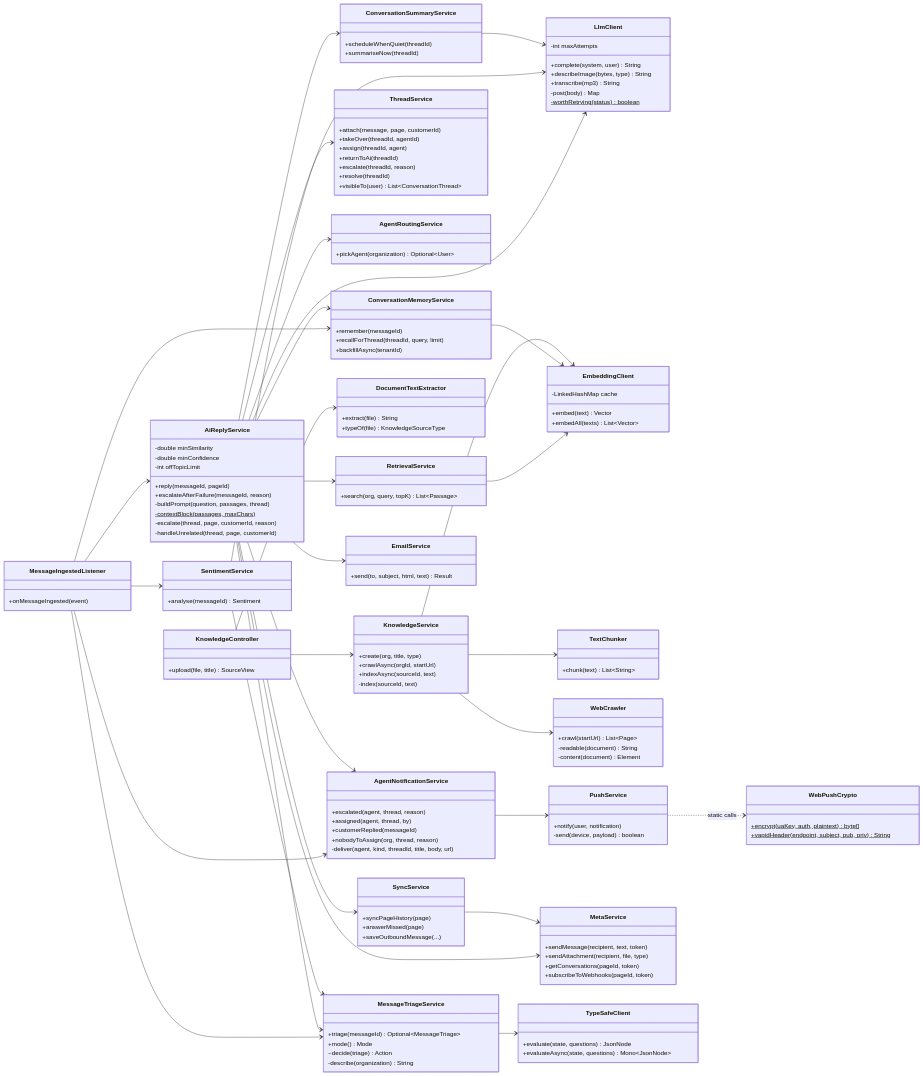
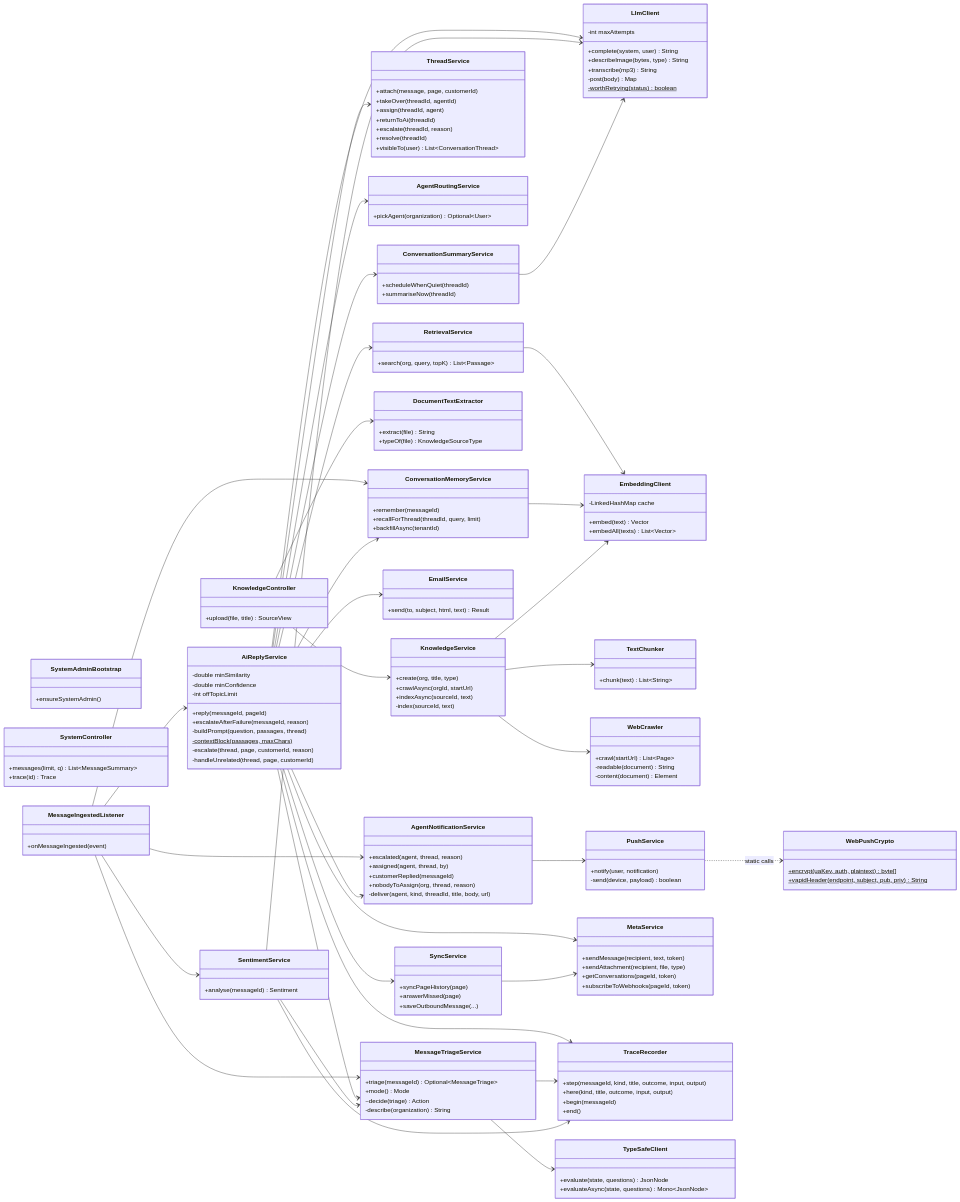
One commit to SayubShakya/eksamadhan-ai changed the second of 2 diagrams in docs/system-design/new-system-design/class-diagram/README.md. Above: the diagram before and after it, drawn with Mermaid. The commit also changed other lines of this file and 69 other files, not shown here.

Commit message:
feat: add a system admin console with a conversation visualizer

```diff
--- a/docs/system-design/new-system-design/class-diagram/README.md
+++ b/docs/system-design/new-system-design/class-diagram/README.md
@@ -388,6 +403,22 @@
         -describe(organization) String
     }
 
+    class TraceRecorder {
+        +step(messageId, kind, title, outcome, input, output)
+        +here(kind, title, outcome, input, output)
+        +begin(messageId)
+        +end()
+    }
+
+    class SystemAdminBootstrap {
+        +ensureSystemAdmin()
+    }
+
+    class SystemController {
+        +messages(limit, q) List~MessageSummary~
+        +trace(id) Trace
+    }
+
     class TypeSafeClient {
         +evaluate(state, questions) JsonNode
         +evaluateAsync(state, questions) Mono~JsonNode~
@@ -407,6 +438,9 @@
     AiReplyService --> MessageTriageService
     SentimentService --> MessageTriageService
     MessageTriageService --> TypeSafeClient
+    AiReplyService --> TraceRecorder
+    MessageTriageService --> TraceRecorder
+    SentimentService --> TraceRecorder
     AiReplyService --> LlmClient
     AiReplyService --> ConversationMemoryService
     AiReplyService --> ThreadService
```
